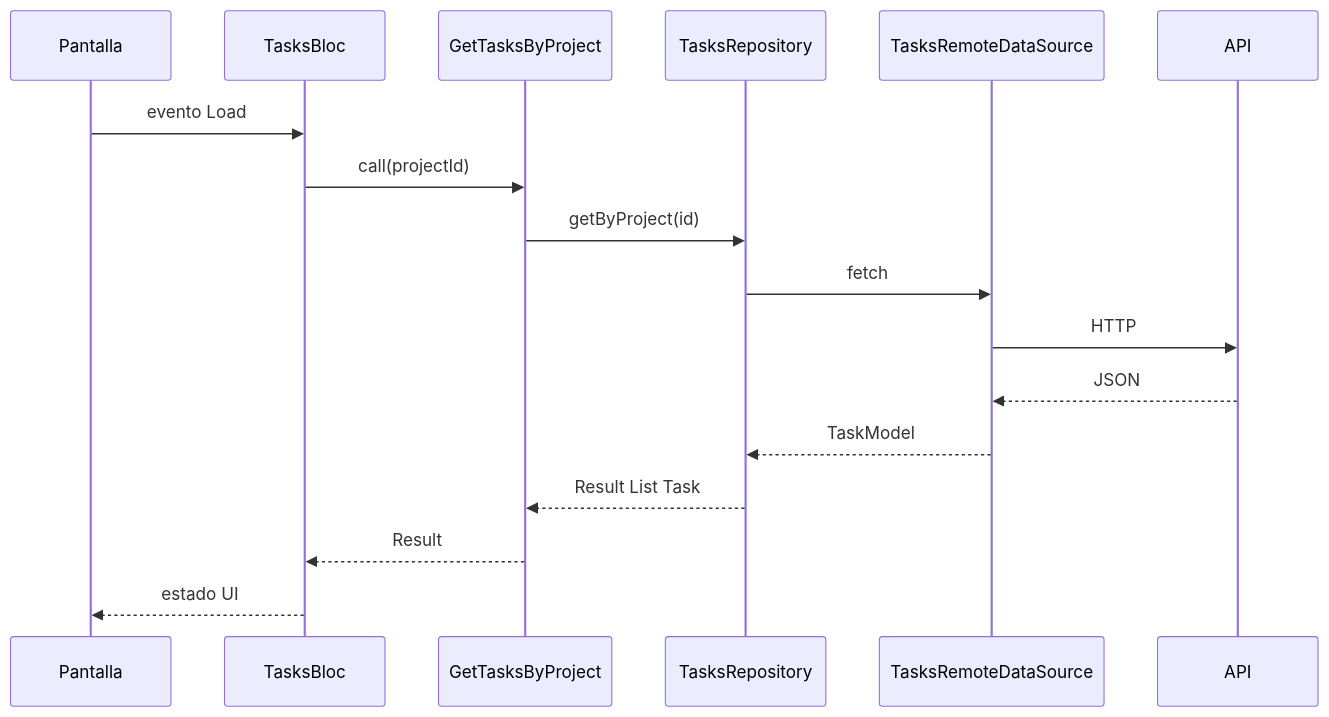
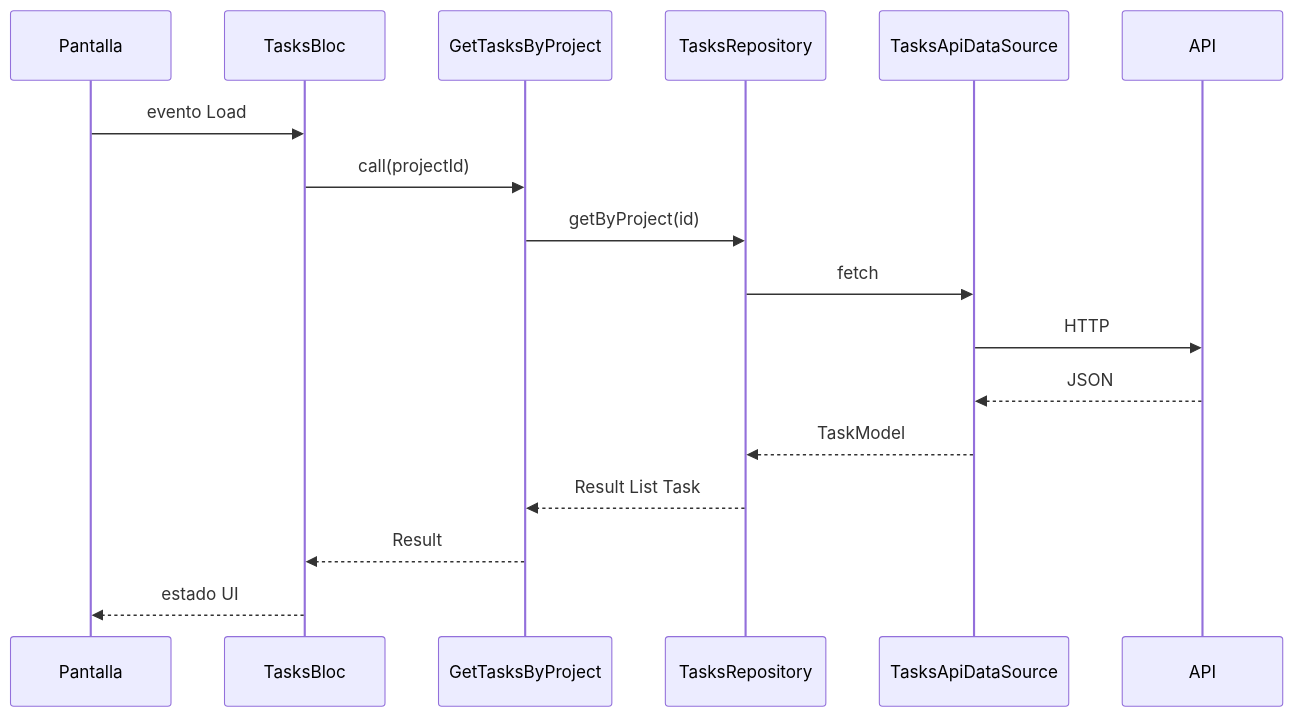
One commit to jualas/taskboard changed the second of 2 diagrams in docs/architecture/clean-architecture.md. Above: the diagram before and after it, drawn with Mermaid. The commit also changed other lines of this file and 5 other files, not shown here.

First line of the commit message:
docs: estado final de Clean Architecture en ADR, READMEs, regla y skill (CA-6)

````diff
--- a/docs/architecture/clean-architecture.md
+++ b/docs/architecture/clean-architecture.md
@@ -147,19 +176,19 @@
 ```mermaid
 sequenceDiagram
   participant S as Pantalla
   participant B as TasksBloc
   participant U as GetTasksByProject
   participant R as TasksRepository
-  participant D as TasksRemoteDataSource
+  participant D as TasksApiDataSource
   participant A as API
   S->>B: evento Load
   B->>U: call(projectId)
   U->>R: getByProject(id)
   R->>D: fetch
   D->>A: HTTP
   A-->>D: JSON
   D-->>R: TaskModel
   R-->>U: Result List Task
   U-->>B: Result
   B-->>S: estado UI
 ```
````
